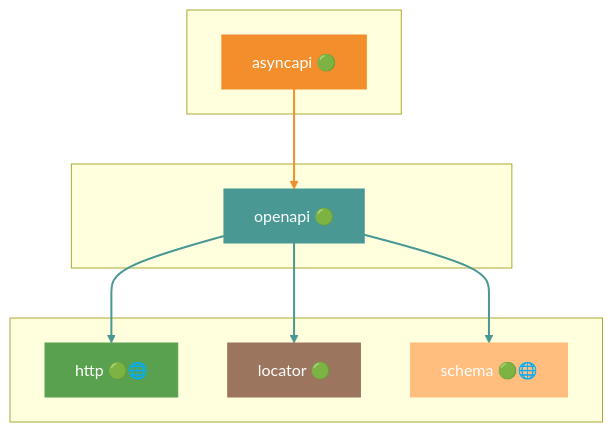
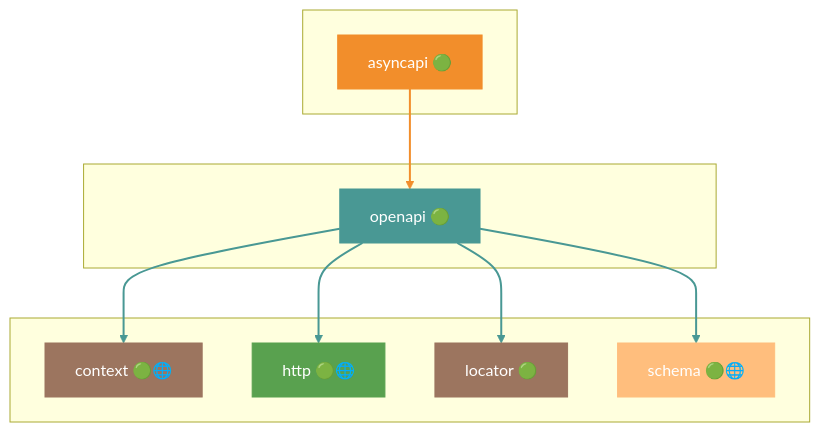
Diagram 33 of 46 in docs/DEPENDENCIES.md (grest-ts/grest-ts), drawn with Mermaid before and after one commit. The commit also changed other lines of this file and 15 other files, not shown here.

First line of the commit message:
Update docs to unified middleware API; refresh dependency graph

````diff
--- a/docs/DEPENDENCIES.md
+++ b/docs/DEPENDENCIES.md
@@ -1613,27 +1623,31 @@
 ```mermaid
 flowchart TB
     subgraph Dependents[" "]
         asyncapi["asyncapi 🟢"]
     end
     subgraph Package[" "]
         openapi["openapi 🟢"]
     end
     subgraph Dependencies[" "]
+        context["context 🟢🌐"]
         http["http 🟢🌐"]
         locator["locator 🟢"]
         schema["schema 🟢🌐"]
     end
     asyncapi --> openapi
+    openapi --> context
     openapi --> http
     openapi --> locator
     openapi --> schema
     style openapi fill:#499894,stroke:#499894,color:#fff
     style asyncapi fill:#F28E2B,stroke:#F28E2B,color:#fff
+    style context fill:#9C755F,stroke:#9C755F,color:#fff
     style http fill:#59A14F,stroke:#59A14F,color:#fff
     style locator fill:#9C755F,stroke:#9C755F,color:#fff
     style schema fill:#FFBE7D,stroke:#FFBE7D,color:#fff
     linkStyle 0 stroke:#F28E2B,stroke-width:2px
     linkStyle 1 stroke:#499894,stroke-width:2px
     linkStyle 2 stroke:#499894,stroke-width:2px
     linkStyle 3 stroke:#499894,stroke-width:2px
+    linkStyle 4 stroke:#499894,stroke-width:2px
 ```
````
